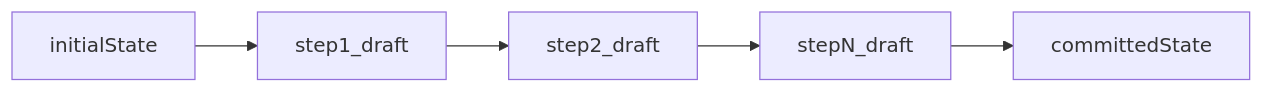
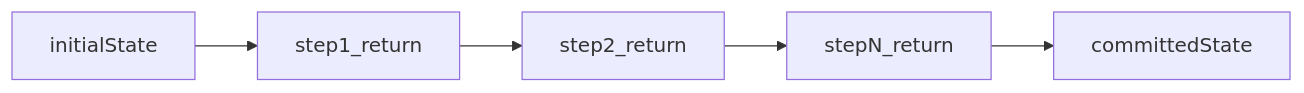
One commit to TonyLB/maketheworld changed the diagram in lambda/ephemera/llm/pipeline/AGENT.md. Above: the diagram before and after it, drawn with Mermaid. The commit also changed other lines of this file and 9 other files, not shown here.

````diff
--- a/lambda/ephemera/llm/pipeline/AGENT.md
+++ b/lambda/ephemera/llm/pipeline/AGENT.md
@@ -53,9 +54,9 @@
 ```mermaid
 flowchart LR
   initial[initialState]
-  p1[step1_draft]
-  p2[step2_draft]
-  pn[stepN_draft]
+  s1[step1_return]
+  s2[step2_return]
+  sn[stepN_return]
   final[committedState]
-  initial --> p1 --> p2 --> pn --> final
+  initial --> s1 --> s2 --> sn --> final
 ```
````
